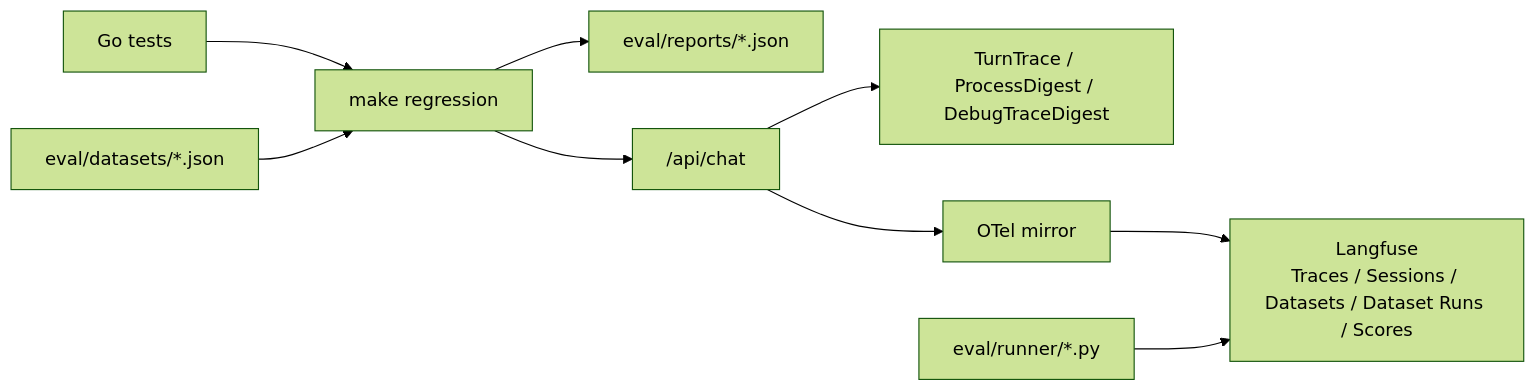
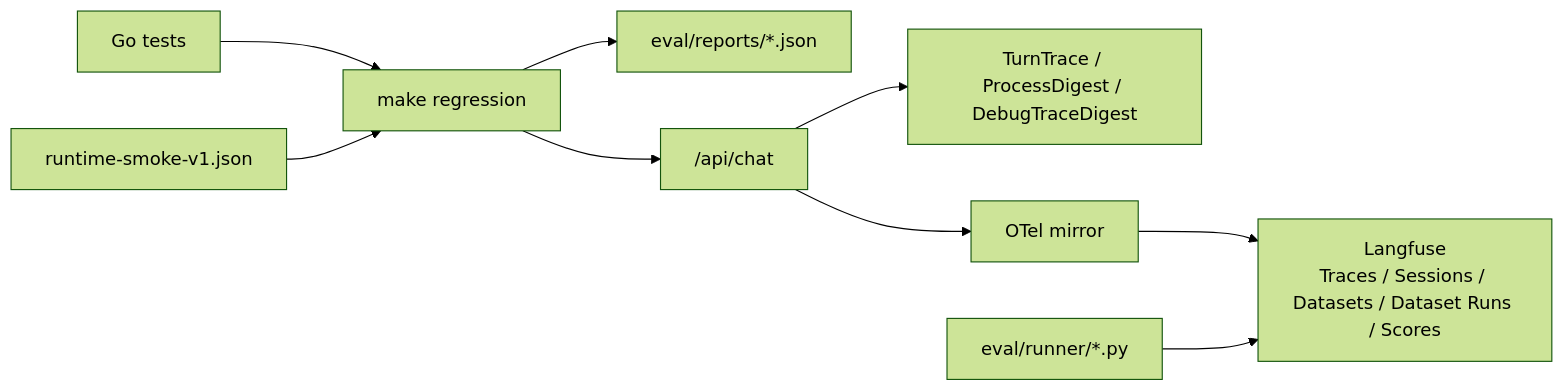
One commit to observer-mimiron/suanming-agent changed the third of 3 diagrams in README.md. Above: the diagram before and after it, drawn with Mermaid (forest theme). The commit also changed other lines of this file and 259 other files, not shown here.

````diff
--- a/README.md
+++ b/README.md
@@ -343,11 +342,11 @@
 ```mermaid
 flowchart LR
     GT["Go tests"] --> RG["make regression"]
-    DS["eval/datasets/*.json"] --> RG
+    DS["runtime-smoke-v1.json"] --> RG
     RG --> RP["eval/reports/*.json"]
     RG --> API["/api/chat"]
     API --> TT["TurnTrace / ProcessDigest / DebugTraceDigest"]
     API --> OT["OTel mirror"]
     OT --> LF["Langfuse<br/>Traces / Sessions / Datasets / Dataset Runs / Scores"]
     PY["eval/runner/*.py"] --> LF
 ```
````
